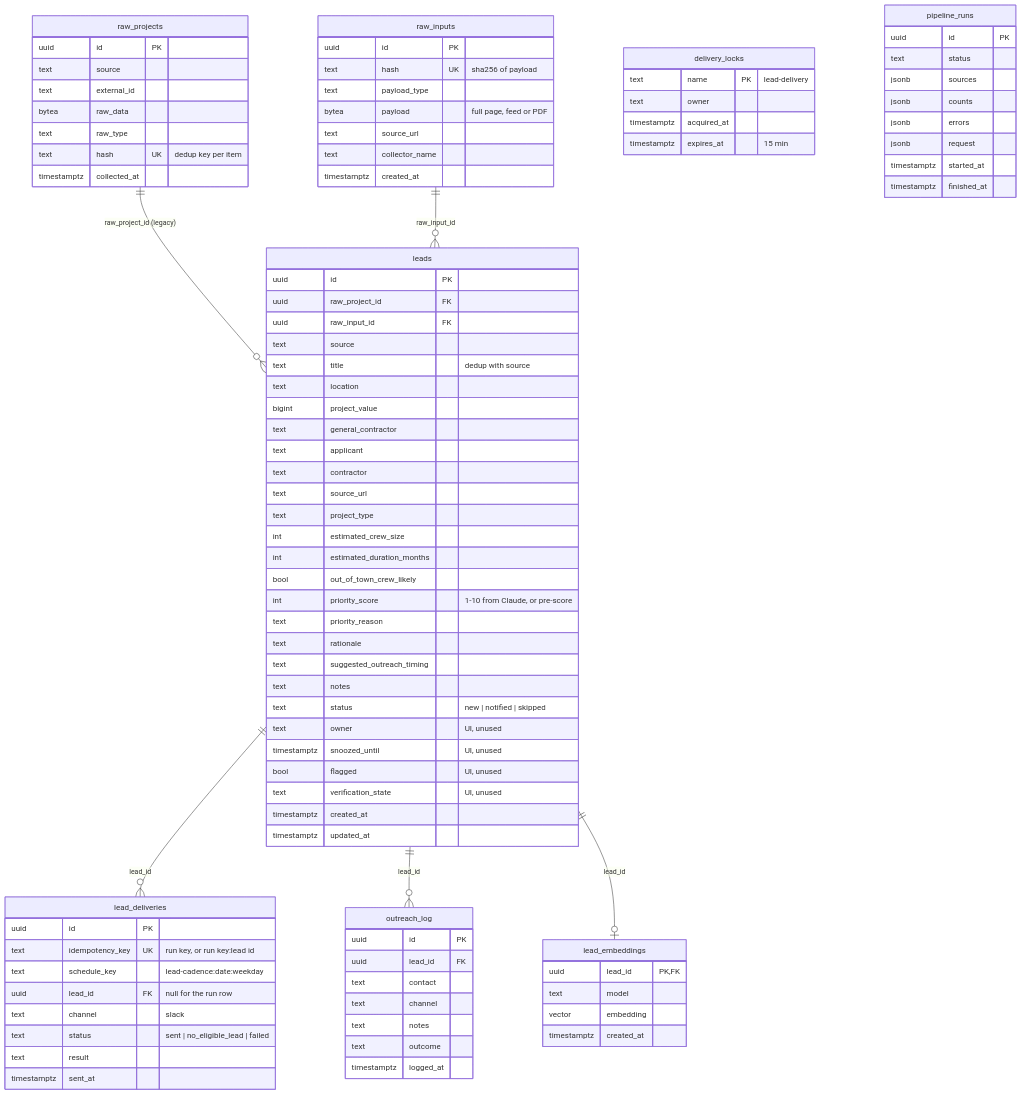
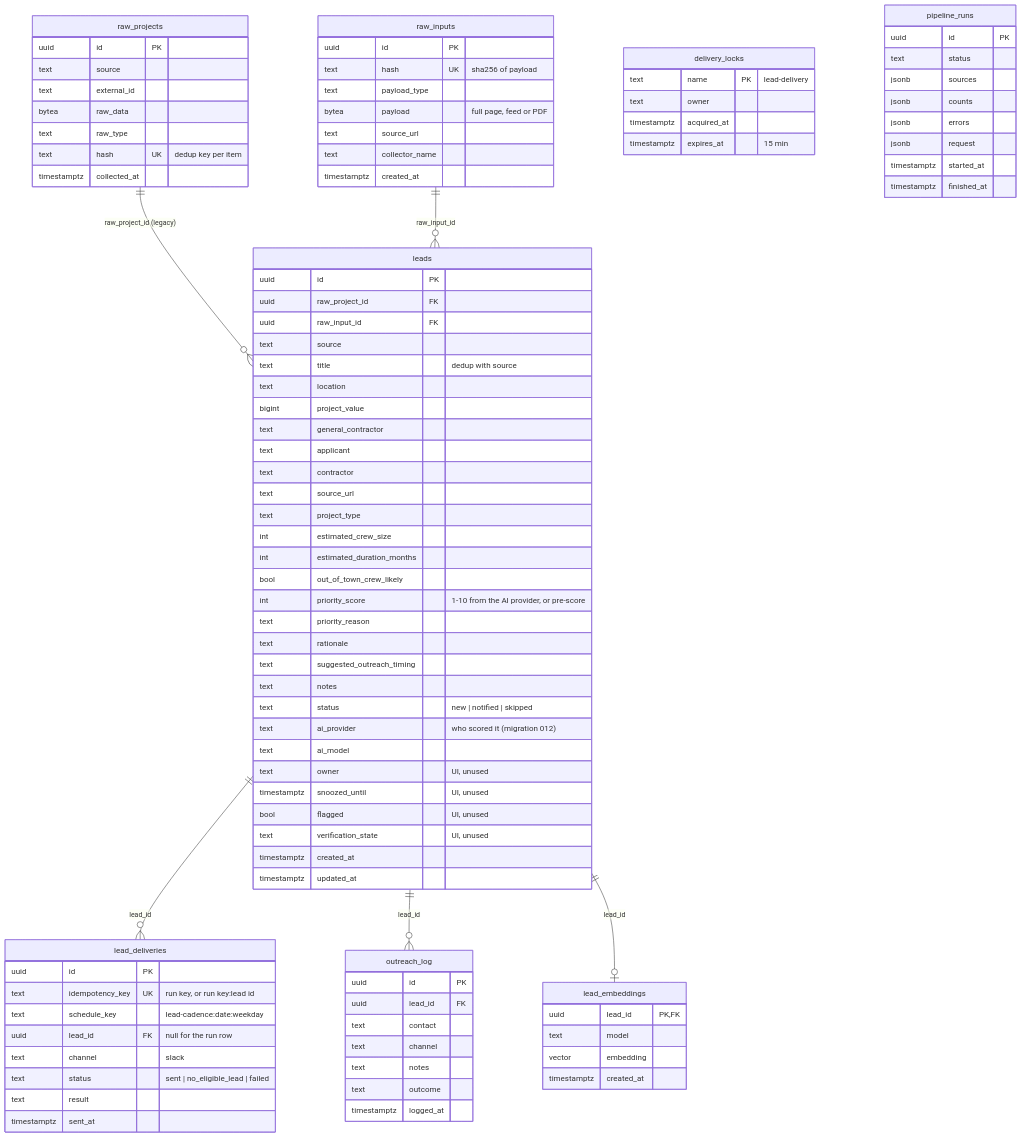
One commit to alvindcastro/groupscout-site changed the first of 2 diagrams in docs/architecture/06-data-model.md. Above: the diagram before and after it, drawn with Mermaid. The commit also changed other lines of this file and 16 other files, not shown here.

```diff
--- a/docs/architecture/06-data-model.md
+++ b/docs/architecture/06-data-model.md
@@ -44,12 +44,14 @@
         int estimated_crew_size
         int estimated_duration_months
         bool out_of_town_crew_likely
-        int priority_score "1-10 from Claude, or pre-score"
+        int priority_score "1-10 from the AI provider, or pre-score"
         text priority_reason
         text rationale
         text suggested_outreach_timing
         text notes
         text status "new | notified | skipped"
+        text ai_provider "who scored it (migration 012)"
+        text ai_model
         text owner "UI, unused"
         timestamptz snoozed_until "UI, unused"
         bool flagged "UI, unused"
```
